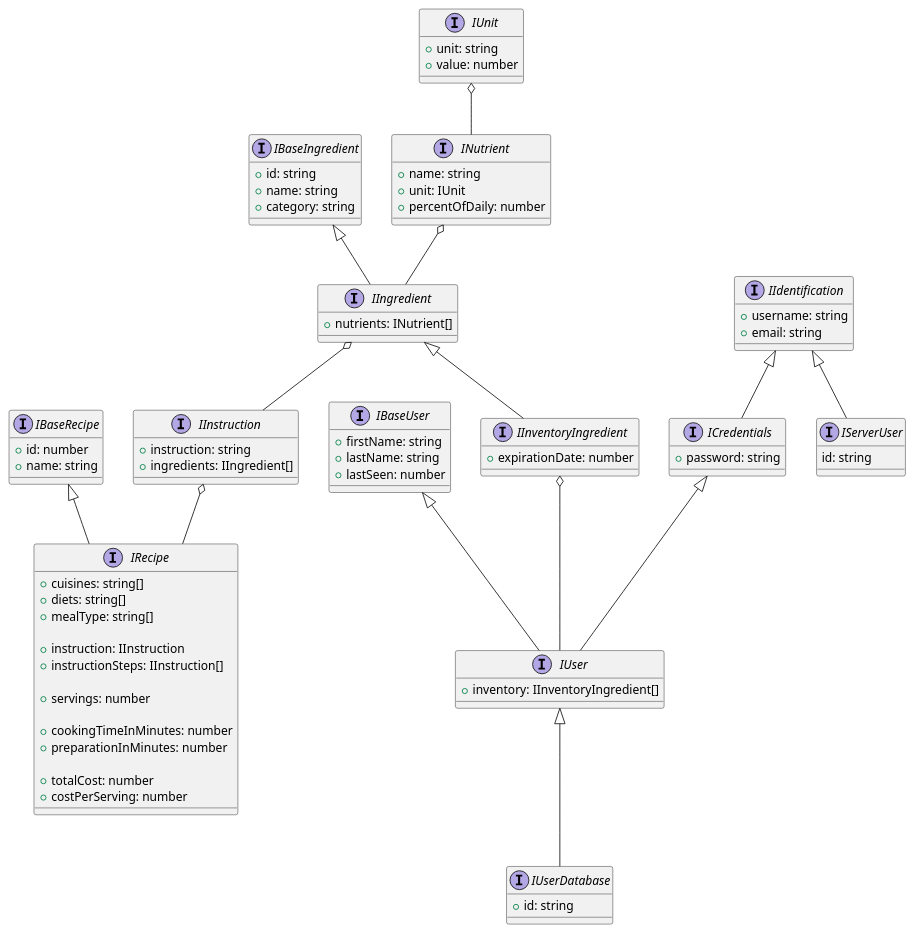
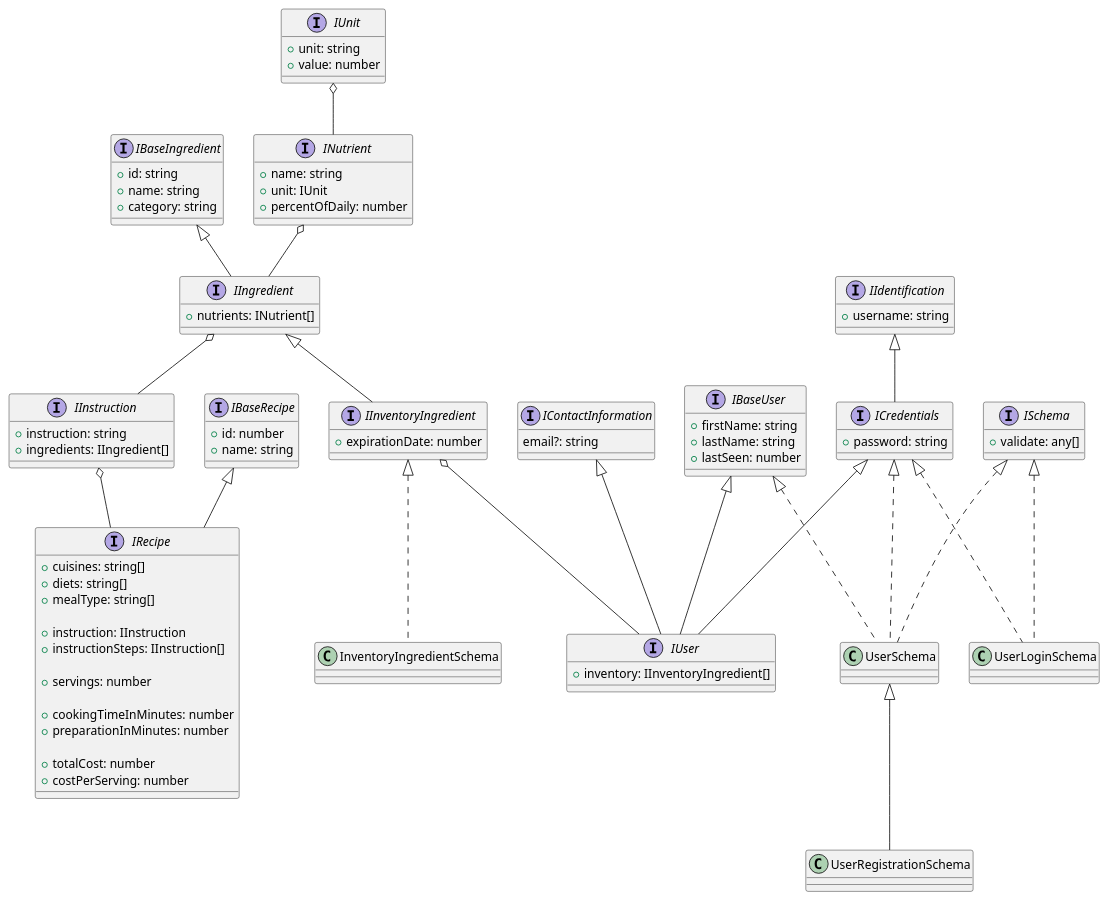
Before and after one commit to COP4331-LargeGroupProject-Fall22/backend: the diagram in DataModel.puml, drawn with PlantUML. The commit also changed 15 other files, not shown here.

```diff
--- a/DataModel.puml
+++ b/DataModel.puml
@@ -1,91 +1,94 @@
 @startuml
 
 interface IBaseRecipe {
     + id: number
     + name: string
 }
 
 interface IRecipe extends IBaseRecipe {
     + cuisines: string[]
     + diets: string[] 
     + mealType: string[]
 
     + instruction: IInstruction
     + instructionSteps: IInstruction[]
     
     + servings: number
     
     + cookingTimeInMinutes: number
     + preparationInMinutes: number
     
     + totalCost: number
     + costPerServing: number
 }
 
 IInstruction o-- IRecipe
 
 interface IInstruction {
     + instruction: string
     + ingredients: IIngredient[]
 }
 
 IIngredient o-- IInstruction
 
-
-interface IServerUser extends IIdentification {
-    id: string
-}
-
 interface IBaseUser {
     + firstName: string
     + lastName: string
     + lastSeen: number
 }
 
 interface IIdentification {
     + username: string
-    + email: string
+}
+
+interface IContactInformation {
+    email?: string
 }
 
 interface ICredentials extends IIdentification {
     + password: string
 }
 
 interface IBaseIngredient {
     + id: string
     + name: string
     + category: string
 }
 
 interface IIngredient extends IBaseIngredient {
     + nutrients: INutrient[]
 }
 
 interface IInventoryIngredient extends IIngredient {
     + expirationDate: number
 }
 
 interface INutrient {
     + name: string
     + unit: IUnit
     + percentOfDaily: number
 }
 
 interface IUnit {
     + unit: string
     + value: number
 }
 
-interface IUser extends IBaseUser, ICredentials{
+interface IUser extends IBaseUser, ICredentials, IContactInformation {
     + inventory: IInventoryIngredient[]
 }
 
-interface IUserDatabase extends IUser {
-    + id: string
+interface ISchema {
+    + validate: any[]
 }
+
+class UserLoginSchema implements ICredentials, ISchema {}
+class UserRegistrationSchema extends UserSchema {}
+class UserSchema implements ICredentials, IBaseUser, ISchema {}
+class InventoryIngredientSchema implements IInventoryIngredient {}
 
 IInventoryIngredient o-- IUser
 INutrient o-- IIngredient
 IUnit o-- INutrient
 
 @enduml
```
